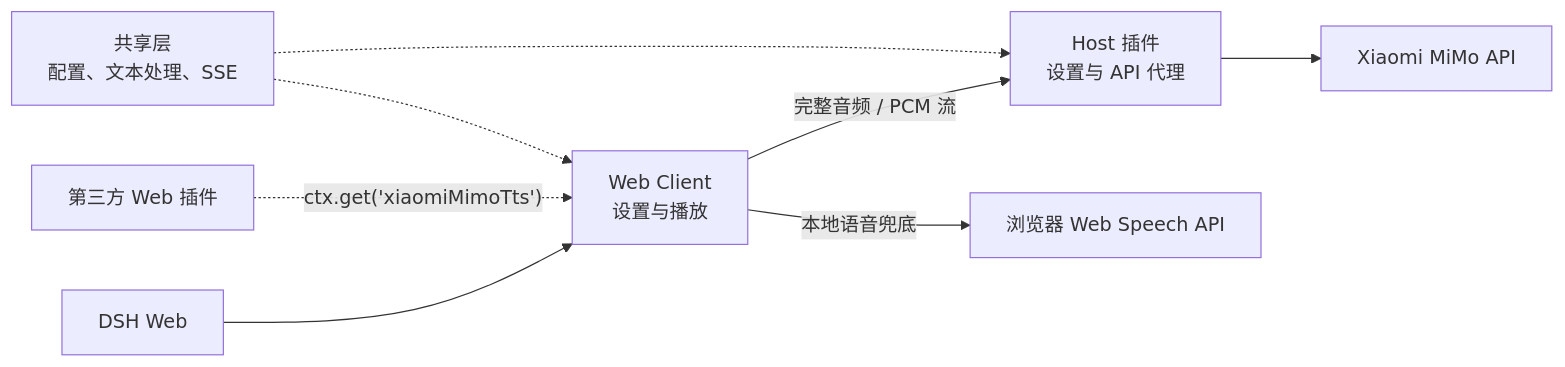
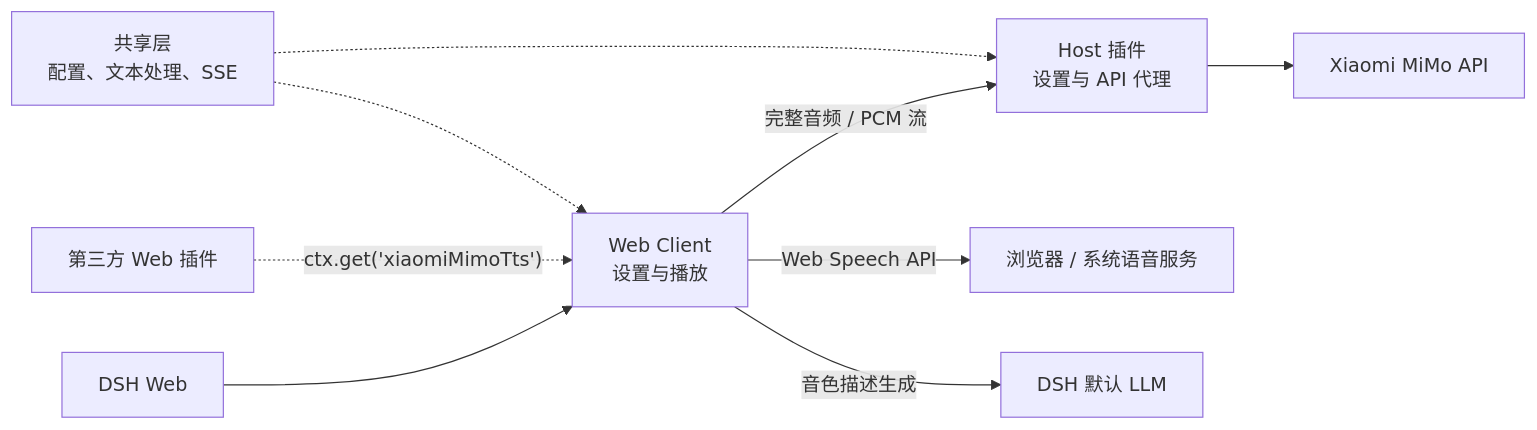
The diagram in README.md (ppy-web/dsh-plugin-xiaomi-mimo-tts), drawn with Mermaid before and after one commit. The commit also changed other lines of this file and 28 other files, not shown here.

````diff
--- a/README.md
+++ b/README.md
@@ -145,10 +173,11 @@
 ```mermaid
 flowchart LR
     DSH["DSH Web"] --> CLIENT["Web Client<br/>设置与播放"]
     THIRD["第三方 Web 插件"] -. "ctx.get('xiaomiMimoTts')" .-> CLIENT
     CLIENT -->|"完整音频 / PCM 流"| HOST["Host 插件<br/>设置与 API 代理"]
     HOST --> MIMO["Xiaomi MiMo API"]
-    CLIENT -->|"本地语音兜底"| SPEECH["浏览器 Web Speech API"]
+    CLIENT -->|"Web Speech API"| SPEECH["浏览器 / 系统语音服务"]
+    CLIENT -->|"音色描述生成"| LLM["DSH 默认 LLM"]
     SHARED["共享层<br/>配置、文本处理、SSE"] -.-> CLIENT
     SHARED -.-> HOST
 ```
````
